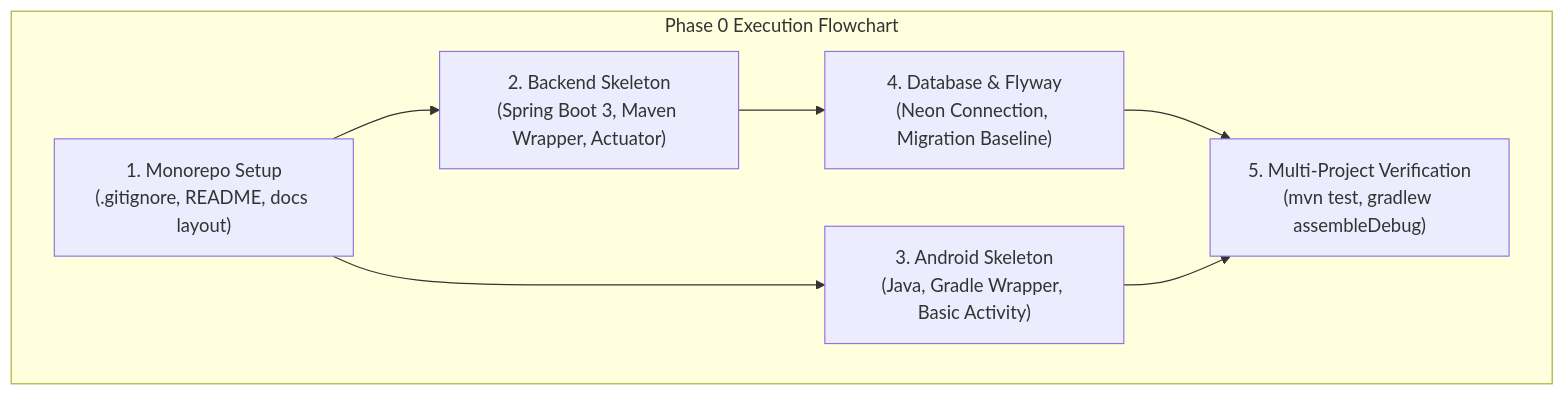
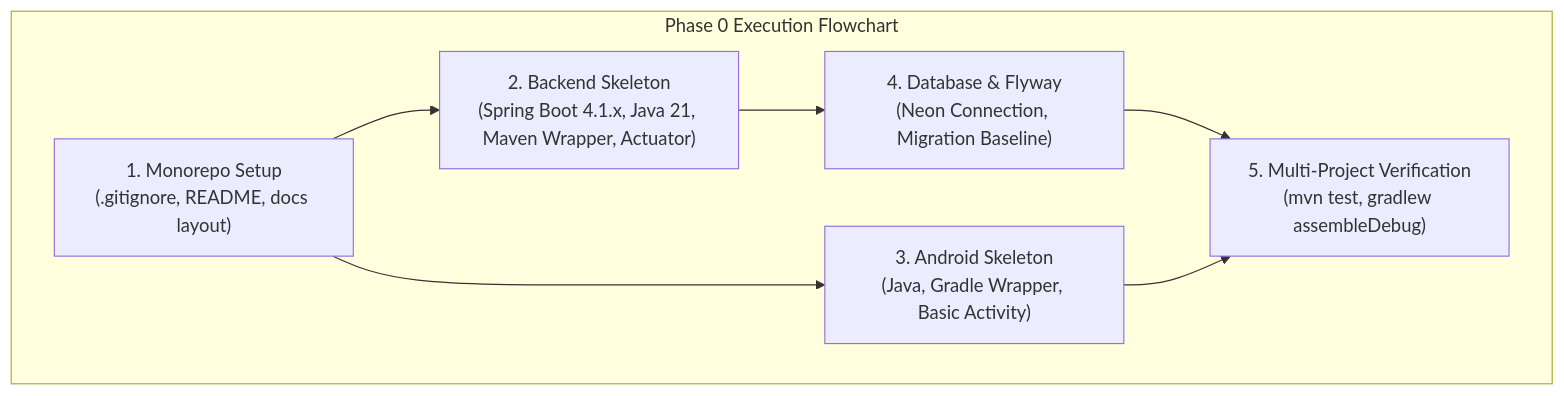
One commit to Bryan1805a/MIRA changed the diagram in docs/09-phase-0-checklist.md. Above: the diagram before and after it, drawn with Mermaid. The commit also changed other lines of this file and 14 other files, not shown here.

````diff
--- a/docs/09-phase-0-checklist.md
+++ b/docs/09-phase-0-checklist.md
@@ -36,16 +37,16 @@
 ```mermaid
 flowchart TD
     subgraph Phase0Plan ["Phase 0 Execution Flowchart"]
         RepoSetup["1. Monorepo Setup\n(.gitignore, README, docs layout)"]
-        BackendSkel["2. Backend Skeleton\n(Spring Boot 3, Maven Wrapper, Actuator)"]
+        BackendSkel["2. Backend Skeleton\n(Spring Boot 4.1.x, Java 21, Maven Wrapper, Actuator)"]
         AndroidSkel["3. Android Skeleton\n(Java, Gradle Wrapper, Basic Activity)"]
         DBSkel["4. Database & Flyway\n(Neon Connection, Migration Baseline)"]
         Verification["5. Multi-Project Verification\n(mvn test, gradlew assembleDebug)"]
     end
 
     RepoSetup --> BackendSkel
     RepoSetup --> AndroidSkel
     BackendSkel --> DBSkel
     DBSkel --> Verification
     AndroidSkel --> Verification
 ```
````
